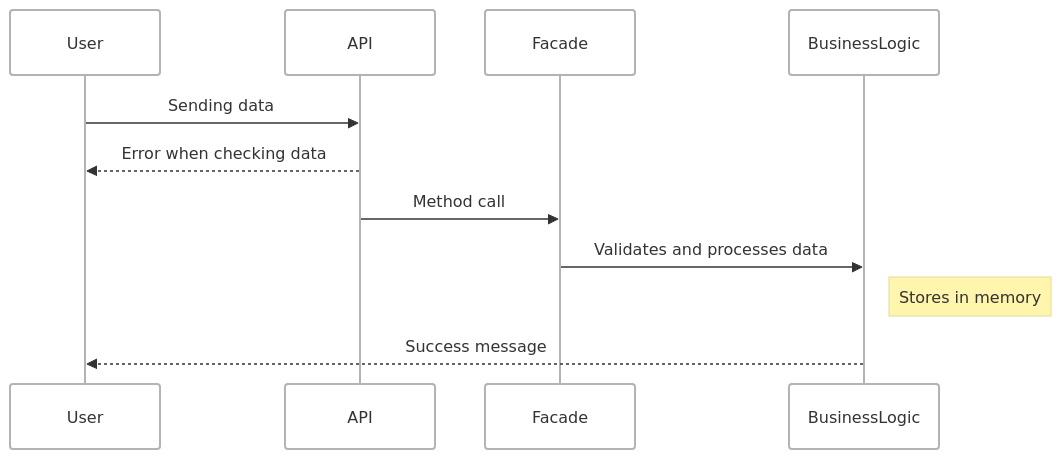
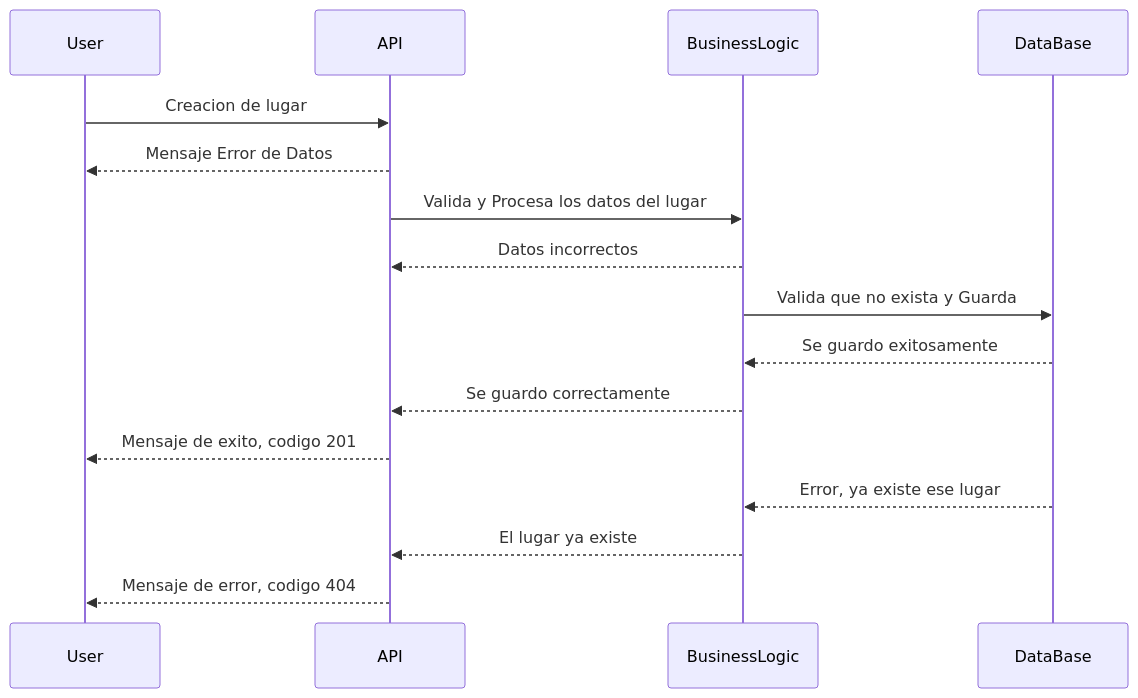
The fourth of 6 diagrams in README.md (feratholberton/holbertonschool-hbnb), drawn with Mermaid before and after one commit.

Commit message:
Place Creation sequence

````diff
--- a/README.md
+++ b/README.md
@@ -178,17 +178,19 @@
 ```mermaid
----
-config:
-  theme: neo
----
 sequenceDiagram
   participant User as User
   participant API as API
-  participant Facade as Facade
   participant BusinessLogic as BusinessLogic
-  User ->> API: Sending data
-  API -->> User: Error when checking data
-  API ->> Facade: Method call
-  Facade ->> BusinessLogic: Validates and processes data
-  Note right of BusinessLogic: Stores in memory
-  BusinessLogic -->> User: Success message
+  participant DataBase as DataBase
+  User ->> API: Creacion de lugar
+  API -->> User: Mensaje Error de Datos 
+  API ->> BusinessLogic: Valida y Procesa los datos del lugar
+  BusinessLogic -->> API: Datos incorrectos
+  BusinessLogic ->> DataBase: Valida que no exista y Guarda
+  DataBase -->> BusinessLogic: Se guardo exitosamente
+  BusinessLogic -->> API: Se guardo correctamente
+  API -->> User: Mensaje de exito, codigo 201
+  DataBase -->> BusinessLogic: Error, ya existe ese lugar
+  BusinessLogic -->> API: El lugar ya existe
+  API -->> User: Mensaje de error, codigo 404
+
 ```
````
